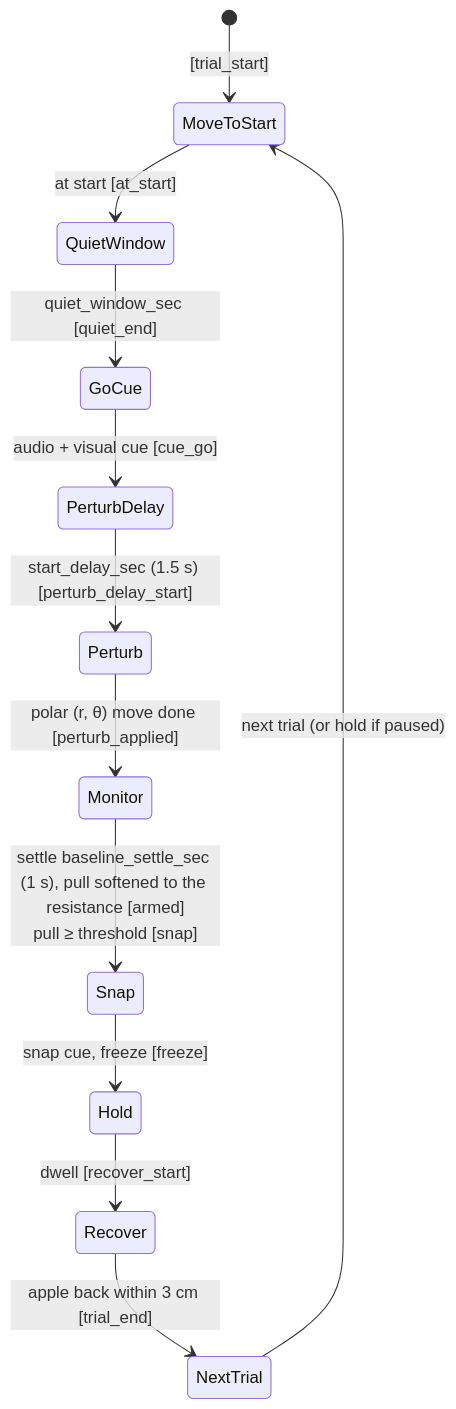
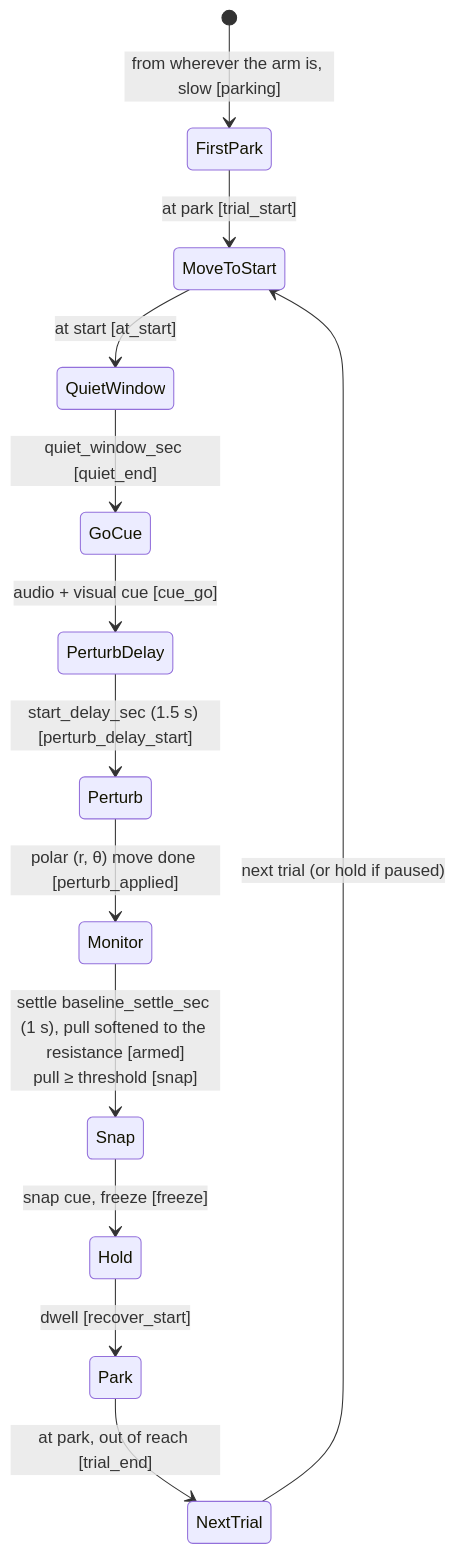
One commit to sinthlab/sinthlab-kuka-stack changed the sixth of 10 diagrams in README.md. Above: the diagram before and after it, drawn with Mermaid. The commit also changed other lines of this file and 25 other files, not shown here.

Commit message:
move to park position between trials

````diff
--- a/README.md
+++ b/README.md
@@ -1619,14 +1667,15 @@
 ```mermaid
 stateDiagram-v2
-    [*] --> MoveToStart : [trial_start]
+    [*] --> FirstPark : from wherever the arm is, slow [parking]
+    FirstPark --> MoveToStart : at park [trial_start]
     MoveToStart --> QuietWindow : at start [at_start]
     QuietWindow --> GoCue : quiet_window_sec [quiet_end]
     GoCue --> PerturbDelay : audio + visual cue [cue_go]
     PerturbDelay --> Perturb : start_delay_sec (1.5 s) [perturb_delay_start]
     Perturb --> Monitor : polar (r, θ) move done [perturb_applied]
     Monitor --> Snap : settle baseline_settle_sec (1 s), pull softened to the resistance [armed]<br/>pull ≥ threshold [snap]
     Snap --> Hold : snap cue, freeze [freeze]
-    Hold --> Recover : dwell [recover_start]
-    Recover --> NextTrial : apple back within 3 cm [trial_end]
+    Hold --> Park : dwell [recover_start]
+    Park --> NextTrial : at park, out of reach [trial_end]
     NextTrial --> MoveToStart : next trial (or hold if paused)
 ```
````
